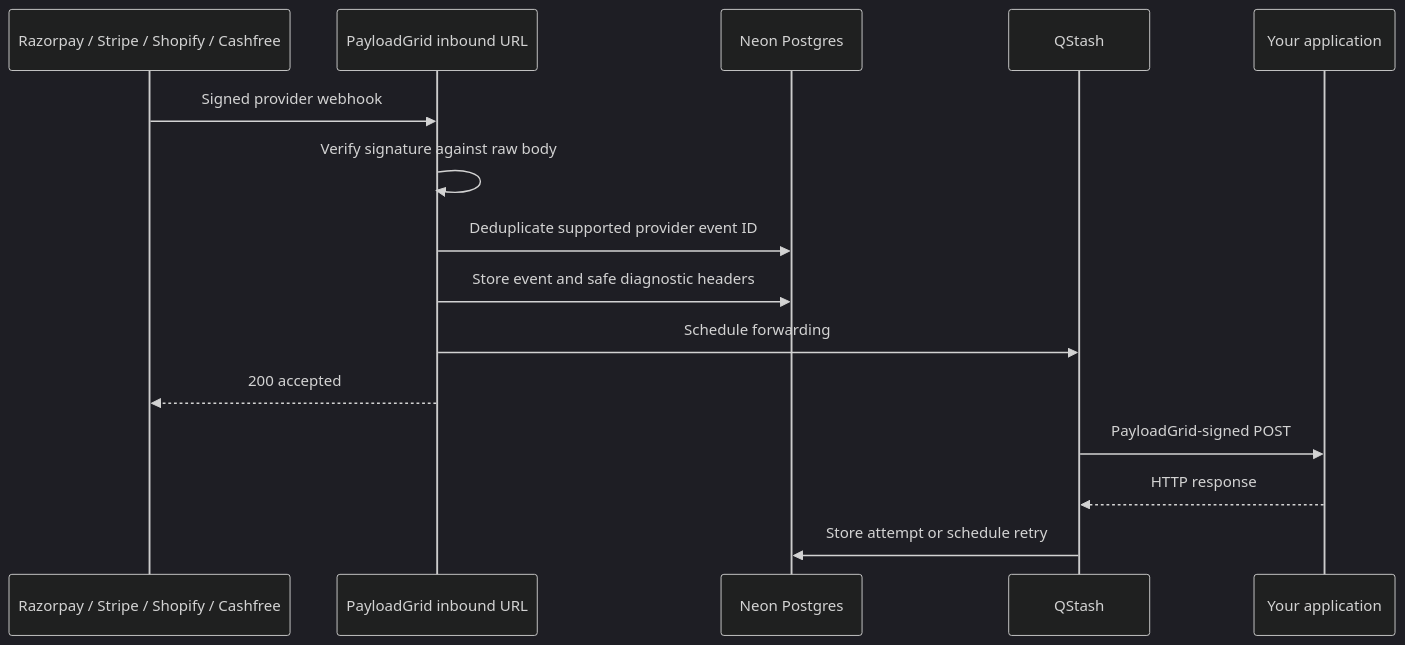
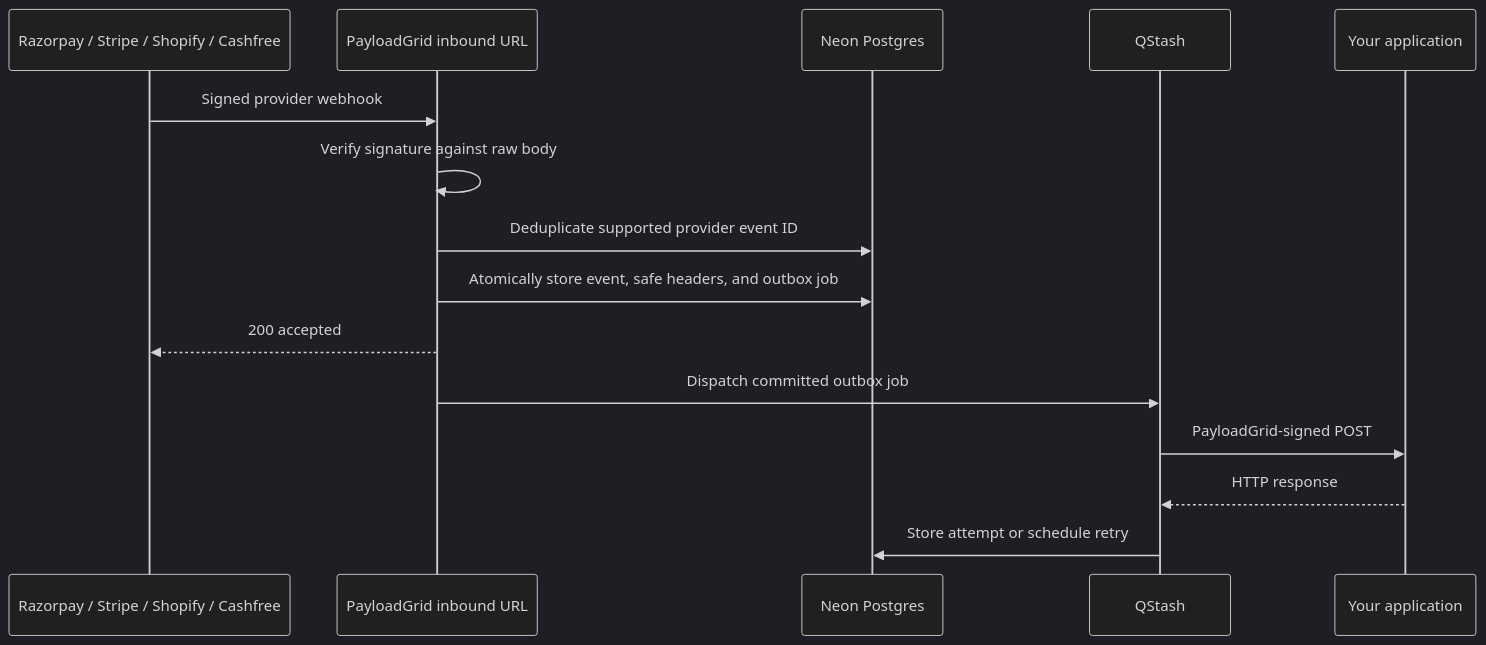
One commit to jaybhinsara/payloadgrid changed the third of 4 diagrams in app/docs/PLATFORM_GUIDE.md. Above: the diagram before and after it, drawn with Mermaid (dark theme). The commit also changed other lines of this file and 66 other files, not shown here.

````diff
--- a/app/docs/PLATFORM_GUIDE.md
+++ b/app/docs/PLATFORM_GUIDE.md
@@ -374,18 +377,18 @@
 ```mermaid
 sequenceDiagram
     participant Provider as Razorpay / Stripe / Shopify / Cashfree
     participant Ingest as PayloadGrid inbound URL
     participant DB as Neon Postgres
     participant Queue as QStash
     participant Destination as Your application
 
     Provider->>Ingest: Signed provider webhook
     Ingest->>Ingest: Verify signature against raw body
     Ingest->>DB: Deduplicate supported provider event ID
-    Ingest->>DB: Store event and safe diagnostic headers
-    Ingest->>Queue: Schedule forwarding
+    Ingest->>DB: Atomically store event, safe headers, and outbox job
     Ingest-->>Provider: 200 accepted
+    Ingest->>Queue: Dispatch committed outbox job
     Queue->>Destination: PayloadGrid-signed POST
     Destination-->>Queue: HTTP response
     Queue->>DB: Store attempt or schedule retry
 ```
````
